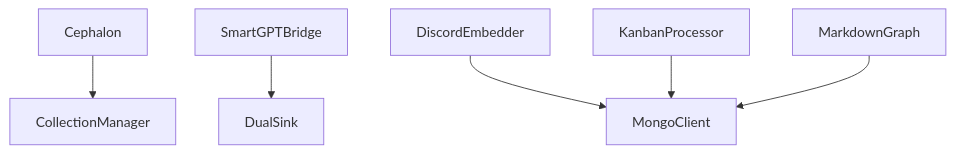
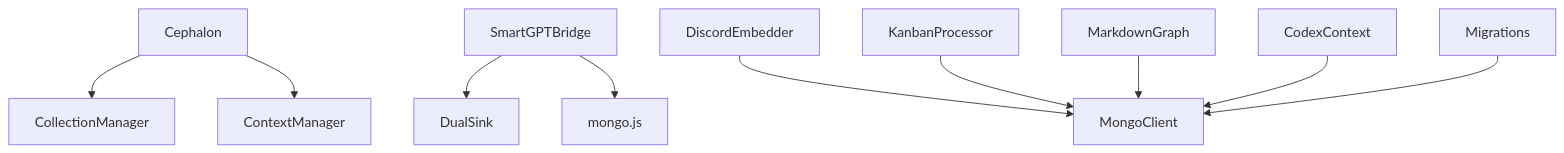
One commit to octave-commons/promethean changed the first of 3 diagrams in docs/reports/persistence-dependency-graph.md. Above: the diagram before and after it, drawn with Mermaid. The commit also changed other lines of this file and 150 other files, not shown here.

````diff
--- a/docs/reports/persistence-dependency-graph.md
+++ b/docs/reports/persistence-dependency-graph.md
@@ -4,8 +13,12 @@
 ```mermaid
 graph TD
     Cephalon --> CollectionManager
+    Cephalon --> ContextManager
     SmartGPTBridge --> DualSink
+    SmartGPTBridge --> mongo.js
     DiscordEmbedder --> MongoClient
     KanbanProcessor --> MongoClient
     MarkdownGraph --> MongoClient
+    CodexContext --> MongoClient
+    Migrations --> MongoClient
 ```
````
